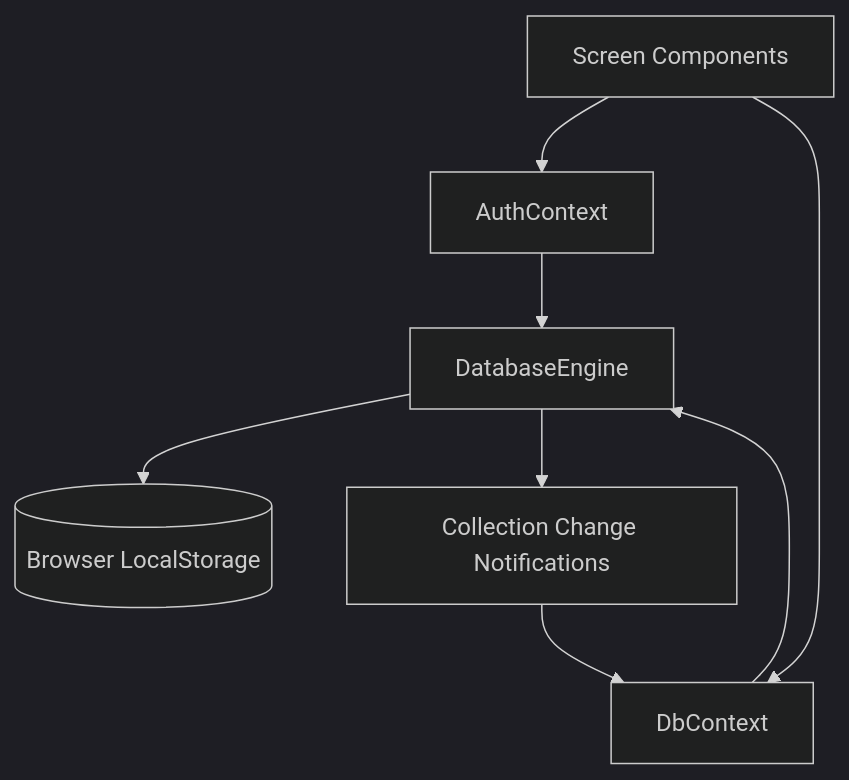
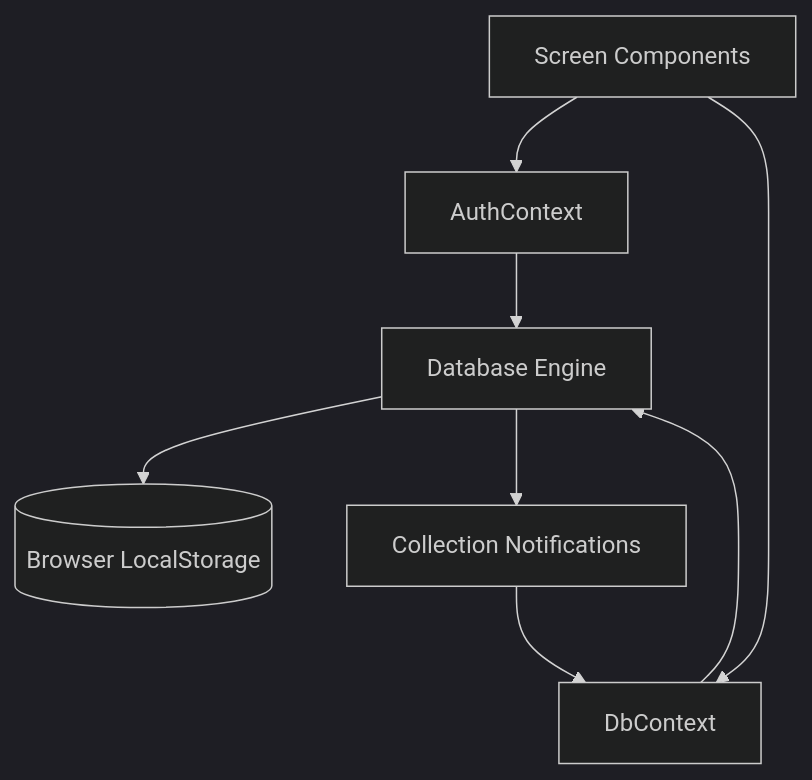
Before and after one commit to youzaahsan/SmartBizPOS-Pro-System: the diagram in README.md, drawn with Mermaid (dark theme). The commit also changed other lines of this file, not shown here.

````diff
--- a/README.md
+++ b/README.md
@@ -279,10 +184,10 @@
 ```mermaid
 flowchart TD
     UI["Screen Components"] --> Auth["AuthContext"]
-    UI --> DbCtx["DbContext"]
-    Auth --> Engine["DatabaseEngine"]
-    DbCtx --> Engine
-    Engine --> LS[("Browser LocalStorage")]
-    Engine --> Notify["Collection Change Notifications"]
-    Notify --> DbCtx
+    UI --> DBContext["DbContext"]
+    Auth --> Engine["Database Engine"]
+    DBContext --> Engine
+    Engine --> Storage[("Browser LocalStorage")]
+    Engine --> Notify["Collection Notifications"]
+    Notify --> DBContext
 ```
````
